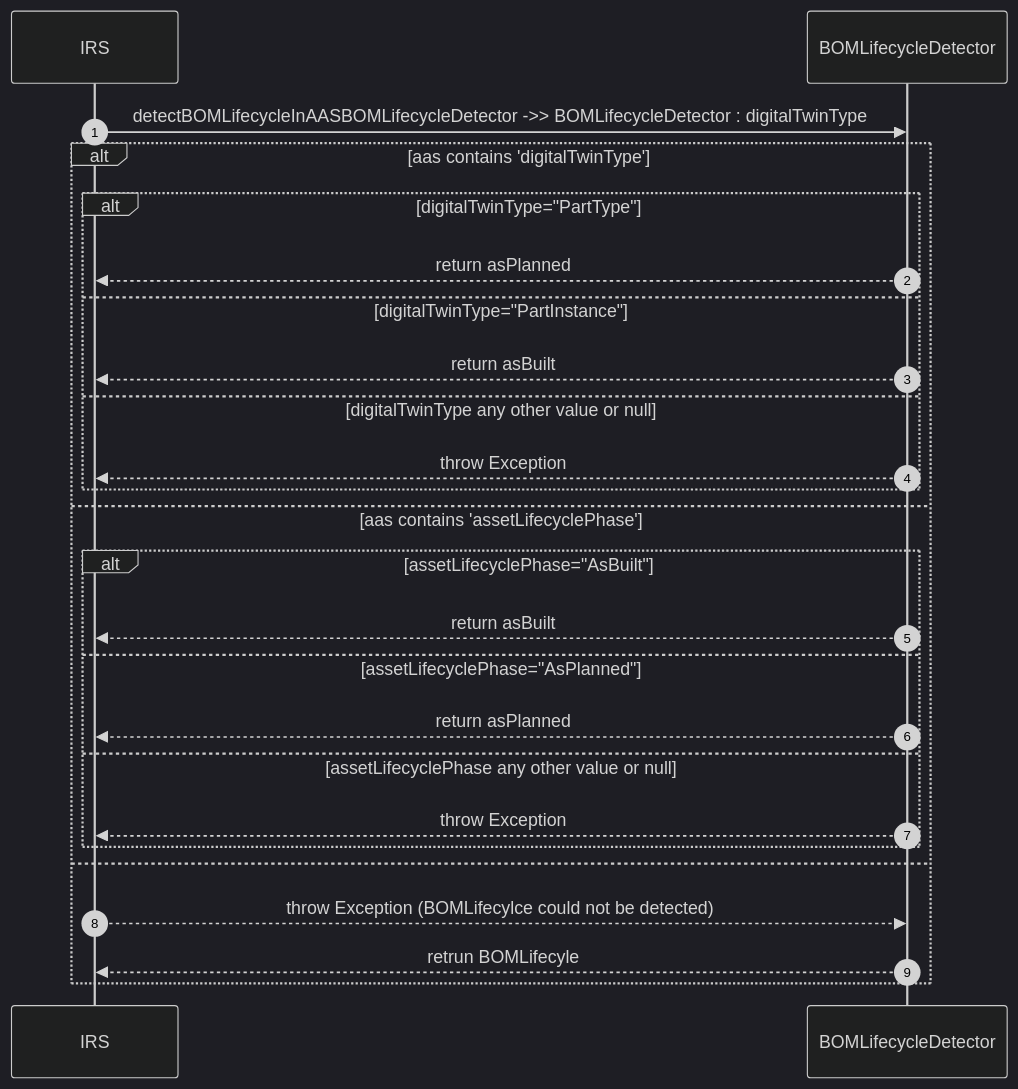
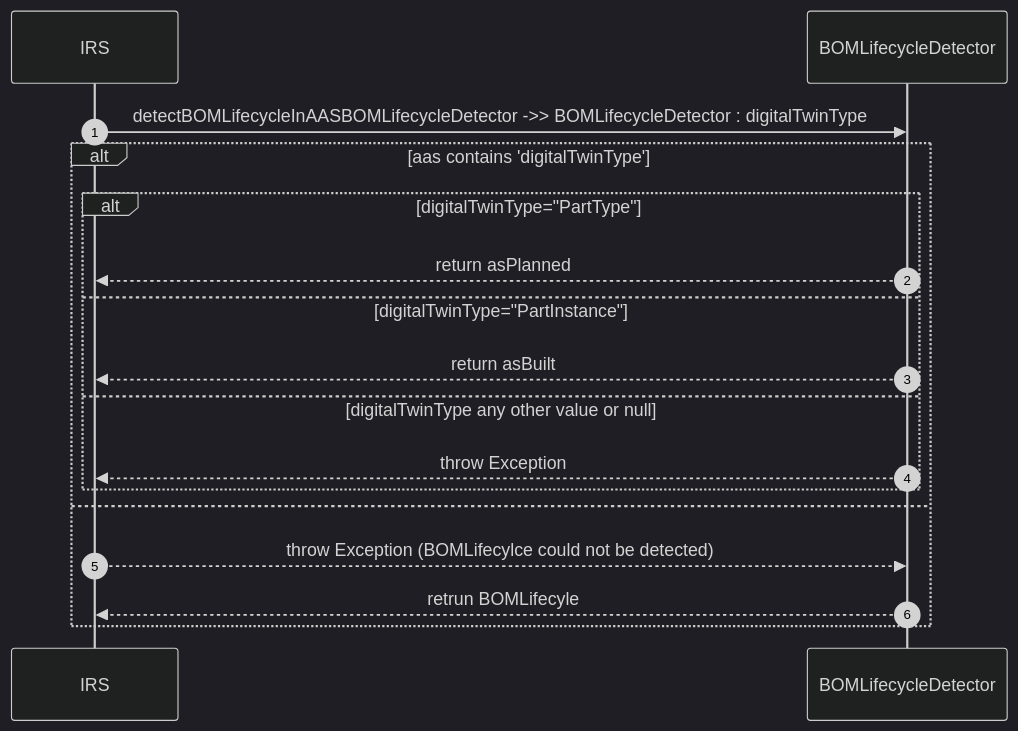
One commit to eclipse-tractusx/traceability-foss changed the diagram in docs/concept/#437-adapt-to-changes-of-industry-core/#437-adapt-to-changes-industry-core.md. Above: the diagram before and after it, drawn with Mermaid. The commit also changed other lines of this file, not shown here.

`````diff
--- a/docs/concept/#437-adapt-to-changes-of-industry-core/#437-adapt-to-changes-industry-core.md
+++ b/docs/concept/#437-adapt-to-changes-of-industry-core/#437-adapt-to-changes-industry-core.md
@@ -90,28 +88,20 @@
 ````mermaid
 
 sequenceDiagram
     %%{init: {'theme': 'dark', 'themeVariables': { 'fontSize': '15px'}}}%%
     autonumber
     IRS ->> BOMLifecycleDetector : detectBOMLifecycleInAASBOMLifecycleDetector ->> BOMLifecycleDetector : digitalTwinType
 alt aas contains 'digitalTwinType'
     alt digitalTwinType="PartType"
        BOMLifecycleDetector -->>  IRS : return asPlanned
     else digitalTwinType="PartInstance"
        BOMLifecycleDetector -->>  IRS : return asBuilt
     else digitalTwinType any other value or null
        BOMLifecycleDetector -->>  IRS : throw Exception
     end
-else   aas contains 'assetLifecyclePhase'
-   alt assetLifecyclePhase="AsBuilt"
-        BOMLifecycleDetector -->>  IRS : return asBuilt
-   else assetLifecyclePhase="AsPlanned"
-        BOMLifecycleDetector -->>  IRS : return asPlanned
-   else assetLifecyclePhase any other value or null
-        BOMLifecycleDetector -->>  IRS :   throw Exception
-   end
 else
    IRS -->> BOMLifecycleDetector : throw Exception (BOMLifecylce could not be detected)
    BOMLifecycleDetector -->> IRS : retrun BOMLifecyle
 end
 
 ````
`````
